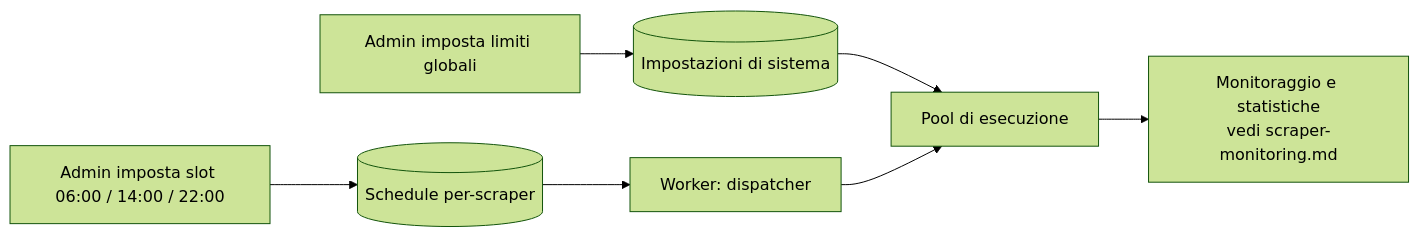
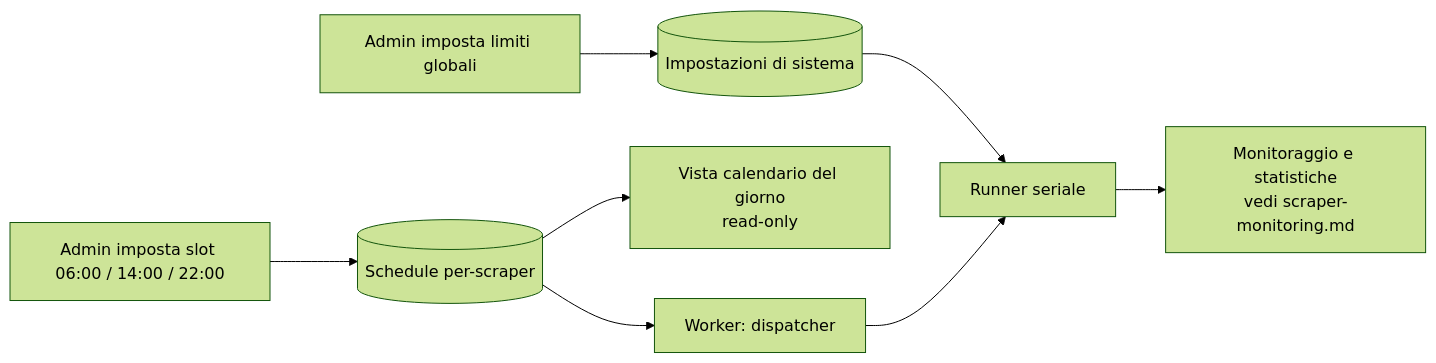
One commit to caporalesimone/watch-em-all changed the second of 2 diagrams in docs/3-features/admin/scraper-scheduling-and-limits.md. Above: the diagram before and after it, drawn with Mermaid (forest theme). The commit also changed other lines of this file and 28 other files, not shown here.

````diff
--- a/docs/3-features/admin/scraper-scheduling-and-limits.md
+++ b/docs/3-features/admin/scraper-scheduling-and-limits.md
@@ -47,9 +51,10 @@
 ```mermaid
 flowchart LR
     A[Admin imposta slot 06:00 / 14:00 / 22:00] --> S[(Schedule per-scraper)]
     G[Admin imposta limiti globali] --> SET[(Impostazioni di sistema)]
+    S --> CAL[Vista calendario del giorno<br/>read-only]
     S --> W[Worker: dispatcher]
-    SET --> P[Pool di esecuzione]
+    SET --> P[Runner seriale]
     W --> P
     P --> M[Monitoraggio e statistiche<br/>vedi scraper-monitoring.md]
 ```
````
